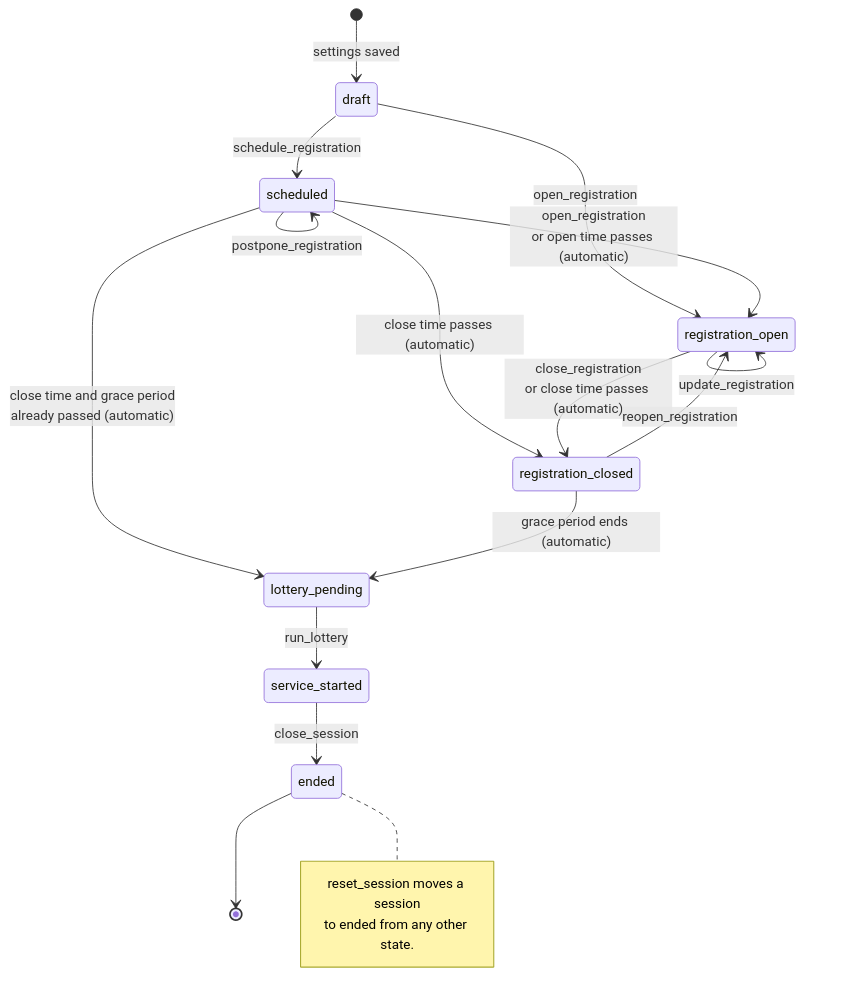
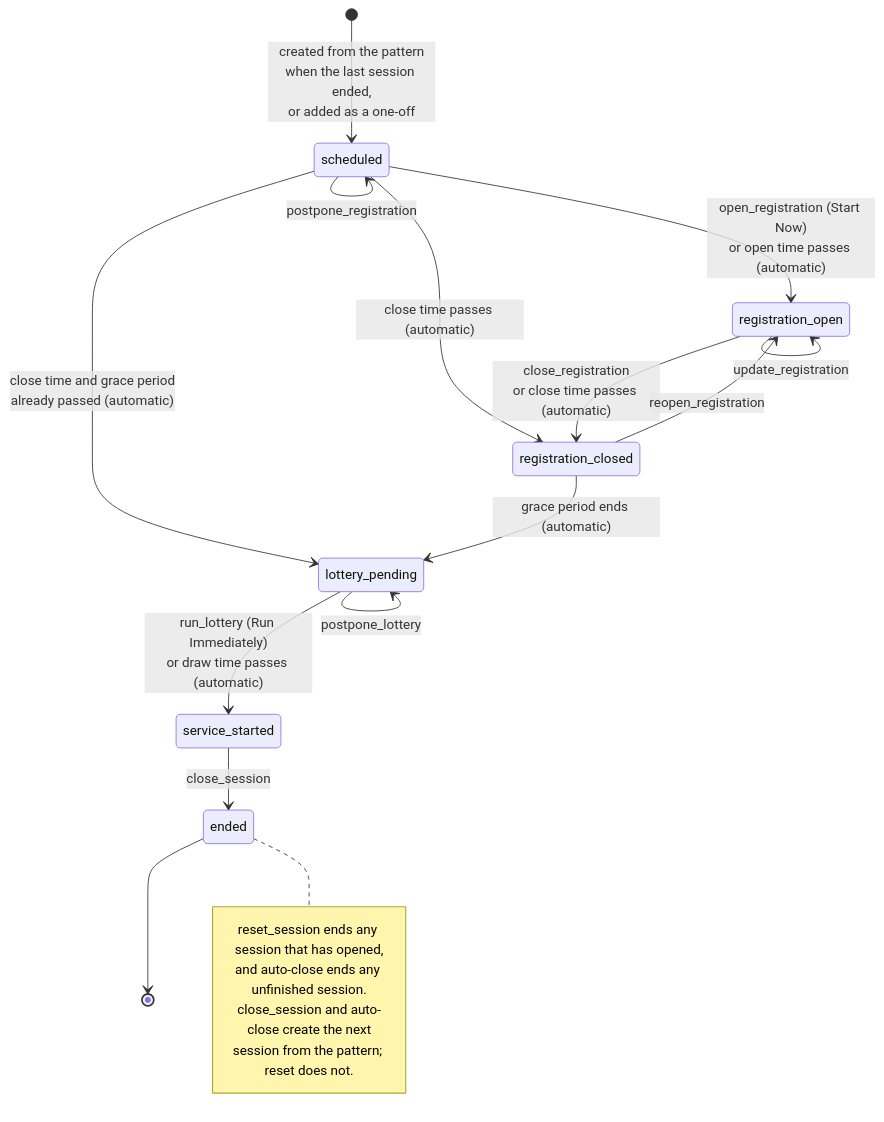
Before and after one commit to bay-compassion/food-market-app: the first of 2 diagrams in docs/session-lifecycle.md, drawn with Mermaid. The commit also changed other lines of this file and 6 other files, not shown here.

````diff
--- a/docs/session-lifecycle.md
+++ b/docs/session-lifecycle.md
@@ -26,27 +35,28 @@
 ```mermaid
 stateDiagram-v2
-    [*] --> draft : settings saved
-
-    draft --> scheduled : schedule_registration
-    draft --> registration_open : open_registration
+    [*] --> scheduled : created from the pattern<br/>when the last session ended,<br/>or added as a one-off
 
     scheduled --> scheduled : postpone_registration
-    scheduled --> registration_open : open_registration<br/>or open time passes (automatic)
+    scheduled --> registration_open : open_registration (Start Now)<br/>or open time passes (automatic)
     scheduled --> registration_closed : close time passes (automatic)
     scheduled --> lottery_pending : close time and grace period<br/>already passed (automatic)
 
     registration_open --> registration_open : update_registration
     registration_open --> registration_closed : close_registration<br/>or close time passes (automatic)
 
     registration_closed --> registration_open : reopen_registration
     registration_closed --> lottery_pending : grace period ends (automatic)
-    lottery_pending --> service_started : run_lottery
+
+    lottery_pending --> lottery_pending : postpone_lottery
+    lottery_pending --> service_started : run_lottery (Run Immediately)<br/>or draw time passes (automatic)
 
     service_started --> ended : close_session
     ended --> [*]
 
     note right of ended
-        reset_session moves a session
-        to ended from any other state.
+        reset_session ends any session that has opened,
+        and auto-close ends any unfinished session.
+        close_session and auto-close create the next
+        session from the pattern; reset does not.
     end note
 ```
````
